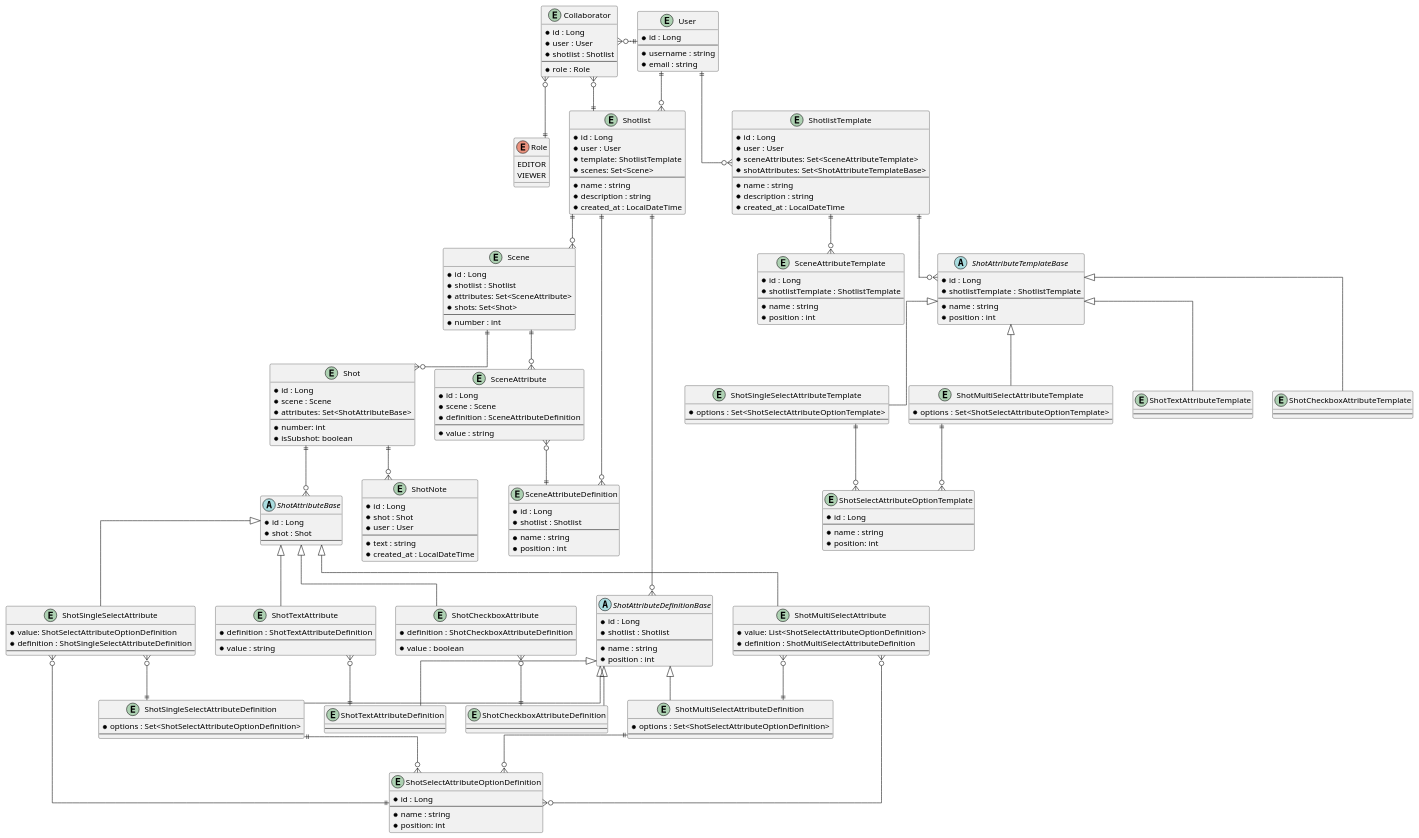
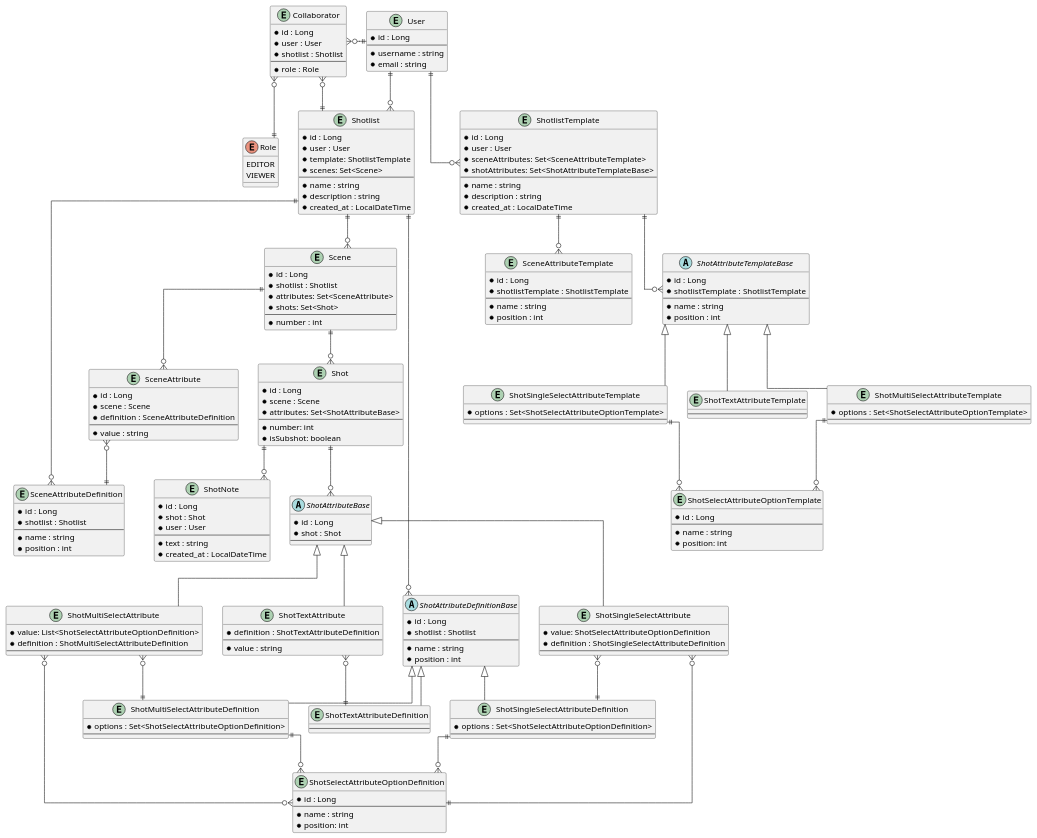
The diagram in ERD.puml (YanikKendler/shotlist-tool), drawn with PlantUML before and after one commit.

Commit message:
removed checkbox attribute

```diff
--- a/ERD.puml
+++ b/ERD.puml
@@ -72,14 +72,9 @@
     --
 }
 
-entity ShotCheckboxAttributeTemplate {
-    --
-}
-
 ShotAttributeTemplateBase <|-down- ShotSingleSelectAttributeTemplate
 ShotAttributeTemplateBase <|-down- ShotMultiSelectAttributeTemplate
 ShotAttributeTemplateBase <|-down- ShotTextAttributeTemplate
-ShotAttributeTemplateBase <|-down- ShotCheckboxAttributeTemplate
 
 entity SceneAttributeTemplate {
     * id : Long
@@ -129,14 +124,10 @@
     --
 }
 
-entity ShotCheckboxAttributeDefinition {
-    --
-}
 
 ShotAttributeDefinitionBase <|-down- ShotSingleSelectAttributeDefinition
 ShotAttributeDefinitionBase <|-down- ShotMultiSelectAttributeDefinition
 ShotAttributeDefinitionBase <|-down- ShotTextAttributeDefinition
-ShotAttributeDefinitionBase <|-down- ShotCheckboxAttributeDefinition
 
 entity SceneAttributeDefinition {
     * id : Long
@@ -184,18 +175,9 @@
 
 ShotTextAttribute }o--|| ShotTextAttributeDefinition
 
-entity ShotCheckboxAttribute {
-    * definition : ShotCheckboxAttributeDefinition
-    --
-    * value : boolean
-}
-
-ShotCheckboxAttribute }o--|| ShotCheckboxAttributeDefinition
-
 ShotAttributeBase <|-down- ShotSingleSelectAttribute
 ShotAttributeBase <|-down- ShotMultiSelectAttribute
 ShotAttributeBase <|-down- ShotTextAttribute
-ShotAttributeBase <|-down- ShotCheckboxAttribute
 
 entity Scene {
     * id : Long
```
